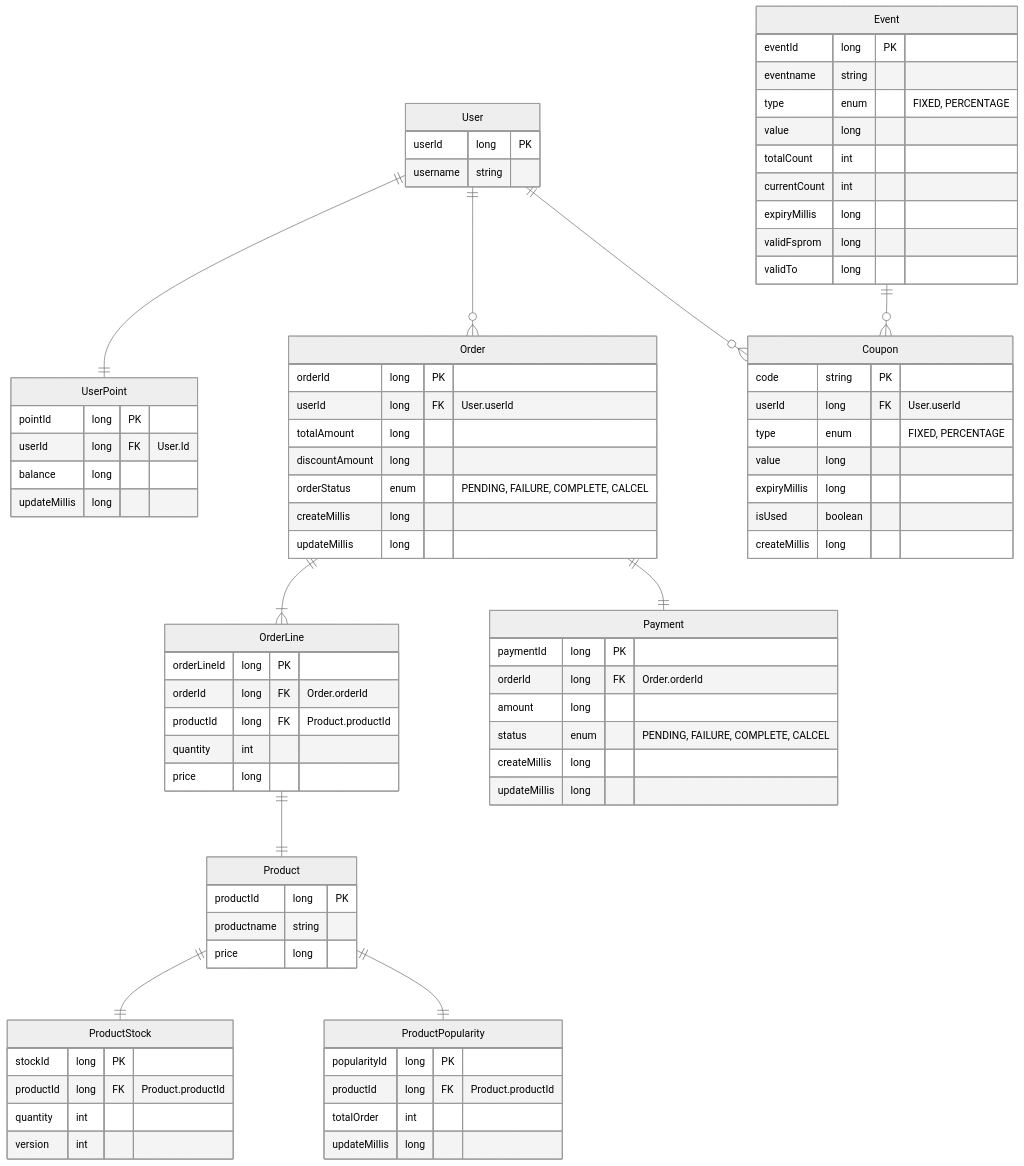
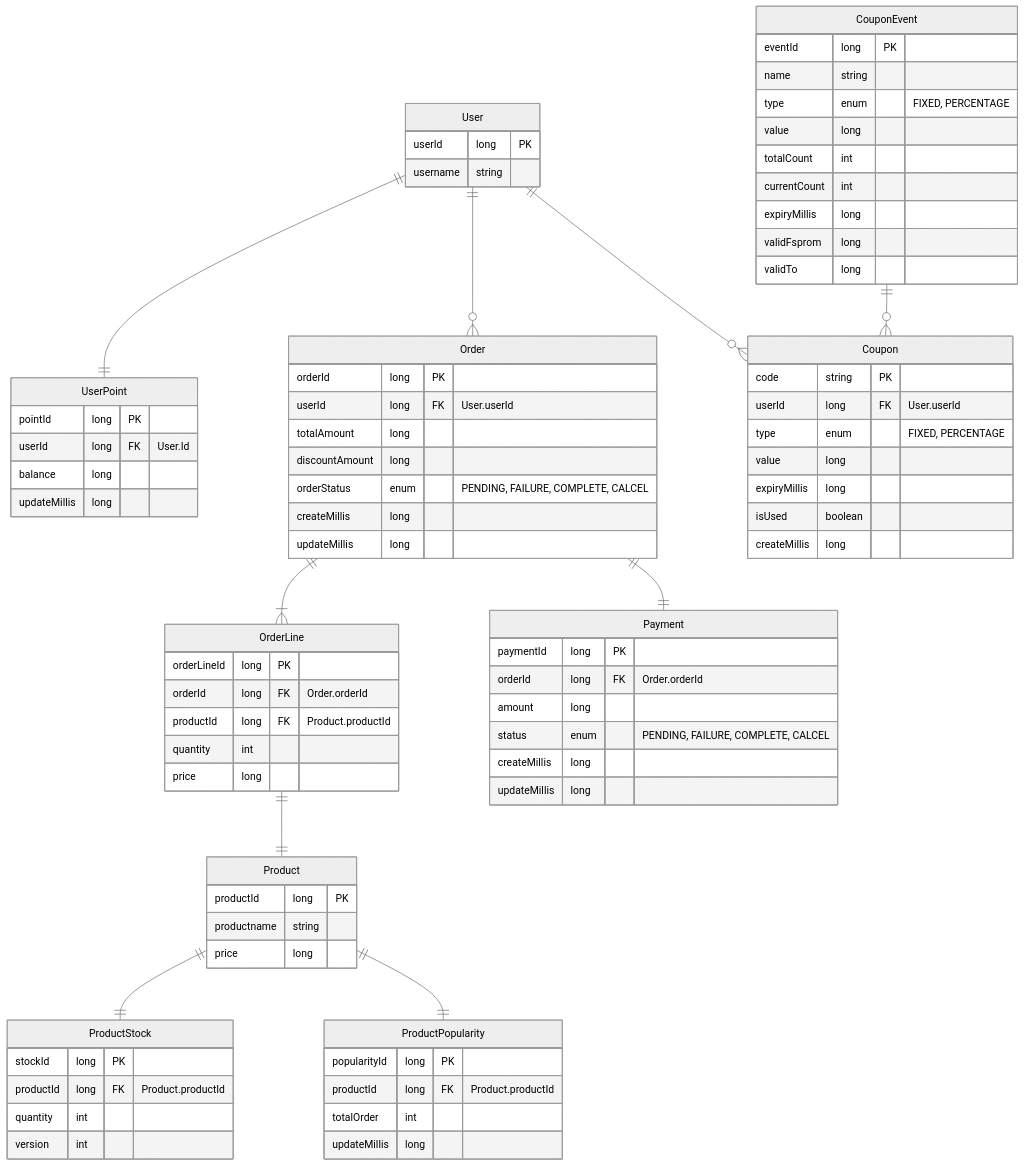
Before and after one commit to chapakook/kotlin-ecommerce: the first of 5 diagrams in docs/erd.md, drawn with Mermaid (neutral theme). The commit also changed other lines of this file, not shown here.

Commit message:
[DOC] erd.md 업데이트 date -> millis

```diff
--- a/docs/erd.md
+++ b/docs/erd.md
@@ -26,9 +26,9 @@
         balance long
         updateMillis long
     }
-    Event{
+    CouponEvent{
         eventId long PK
-        eventname string
+        name string
         type enum "FIXED, PERCENTAGE"
         value long
         totalCount int
@@ -91,7 +91,7 @@
     User ||--|| UserPoint: ""
     User ||--o{ Order: ""
     User ||--o{ Coupon:  ""
-    Event ||--o{ Coupon: ""
+    CouponEvent ||--o{ Coupon: ""
     Product ||--|| ProductStock: ""
     Product ||--|| ProductPopularity: ""
     OrderLine ||--|| Product: ""
```
